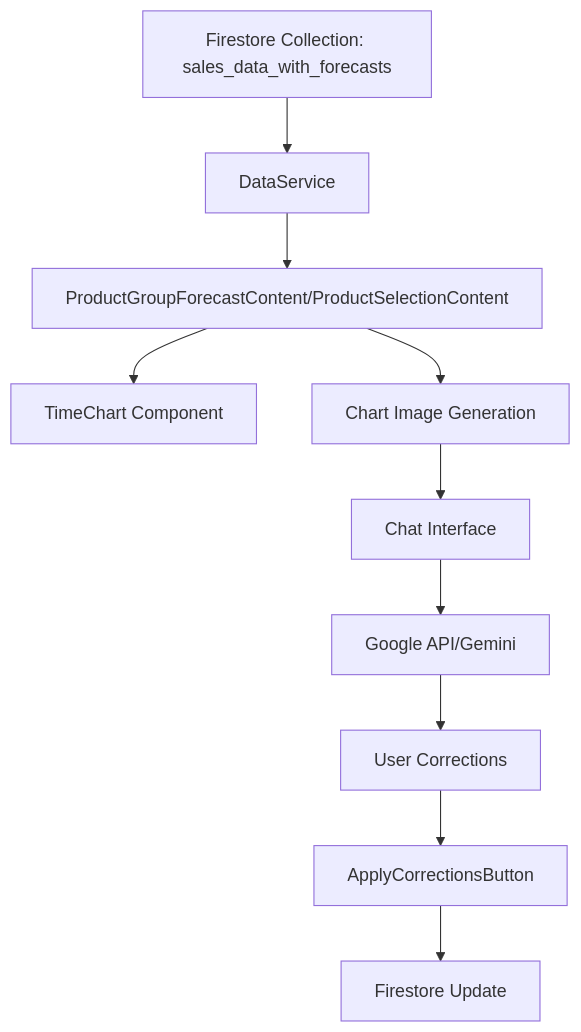
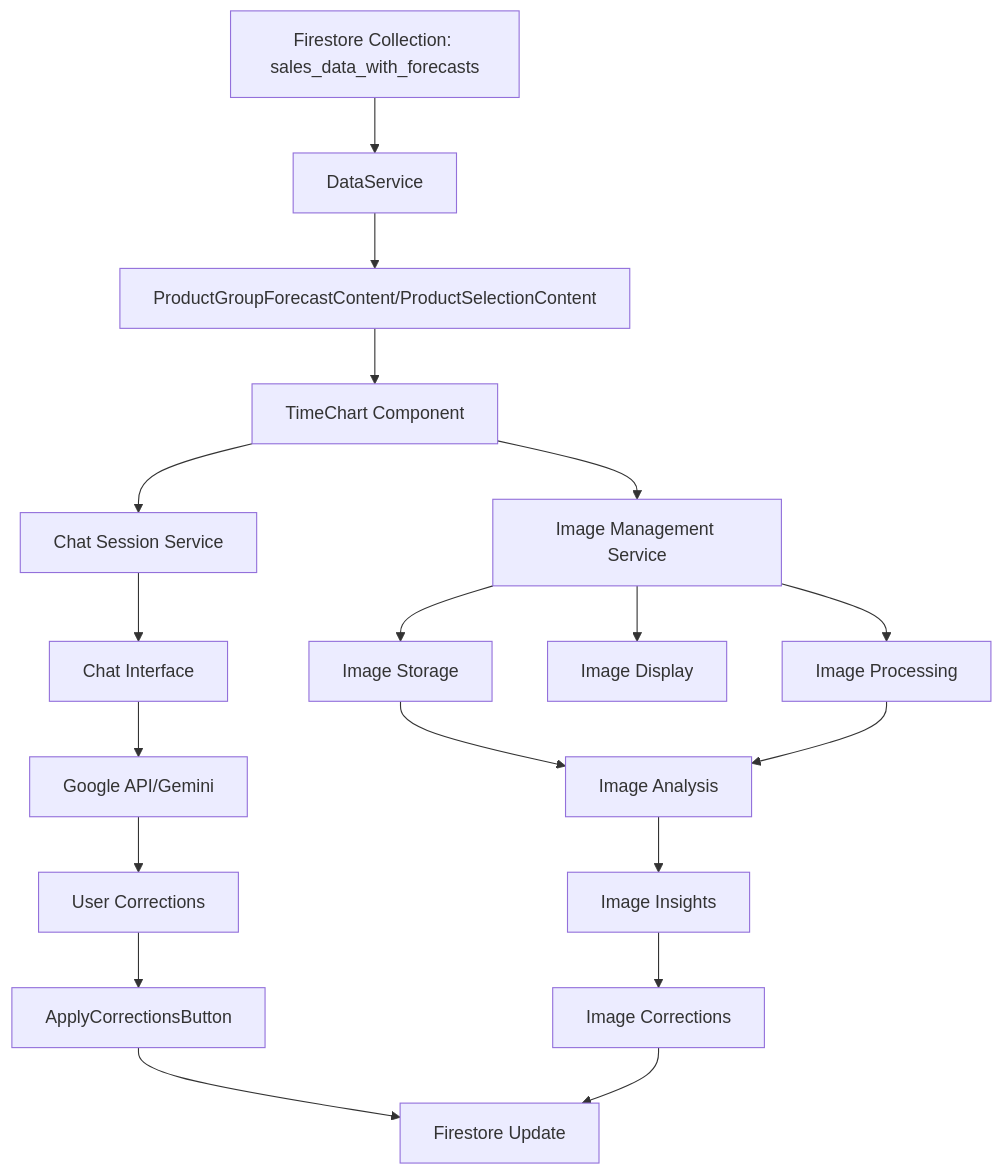
Before and after one commit to mikkovaltonen/professional_buyer: the diagram in docs/data-flow.md, drawn with Mermaid. The commit also changed other lines of this file and 17 other files, not shown here.

Commit message:
Korjattu GeminiChat: base64-kuva toimii, chartUtils palauttaa aina data-urlin, debug-lokit lisätty

````diff
--- a/docs/data-flow.md
+++ b/docs/data-flow.md
@@ -7,12 +7,27 @@
 ```mermaid
 graph TD
     A[Firestore Collection: sales_data_with_forecasts] --> B[DataService]
     B --> C[ProductGroupForecastContent/ProductSelectionContent]
     C --> D[TimeChart Component]
-    C --> E[Chart Image Generation]
-    E --> F[Chat Interface]
-    F --> G[Google API/Gemini]
+    
+    %% Separate Image Management Flow
+    D --> E1[Image Management Service]
+    E1 --> F1[Image Storage]
+    E1 --> F2[Image Processing]
+    E1 --> F3[Image Display]
+    
+    %% Separate Chat Session Flow
+    D --> E2[Chat Session Service]
+    E2 --> F4[Chat Interface]
+    F4 --> G[Google API/Gemini]
     G --> H[User Corrections]
     H --> I[ApplyCorrectionsButton]
     I --> J[Firestore Update]
+
+    %% Independent Image Analysis Flow
+    F1 --> G1[Image Analysis]
+    F2 --> G1
+    G1 --> H1[Image Insights]
+    H1 --> I1[Image Corrections]
+    I1 --> J
 ```
````
